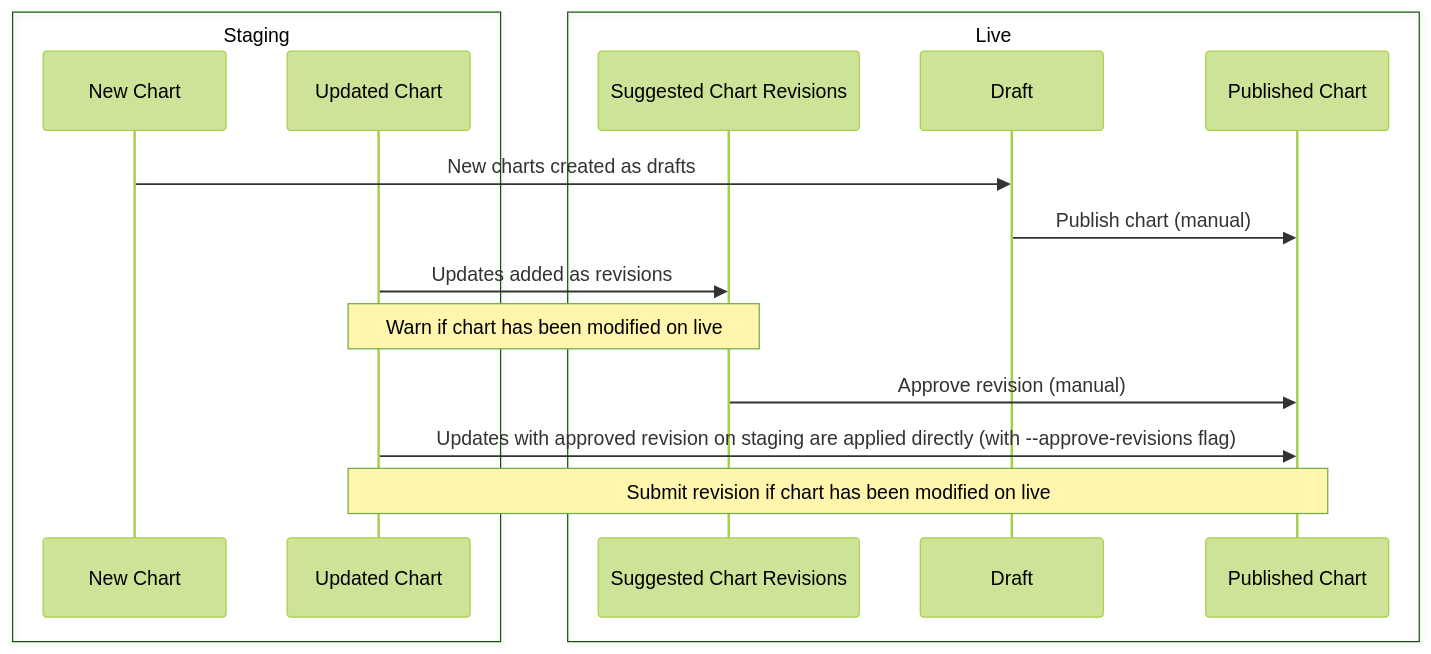
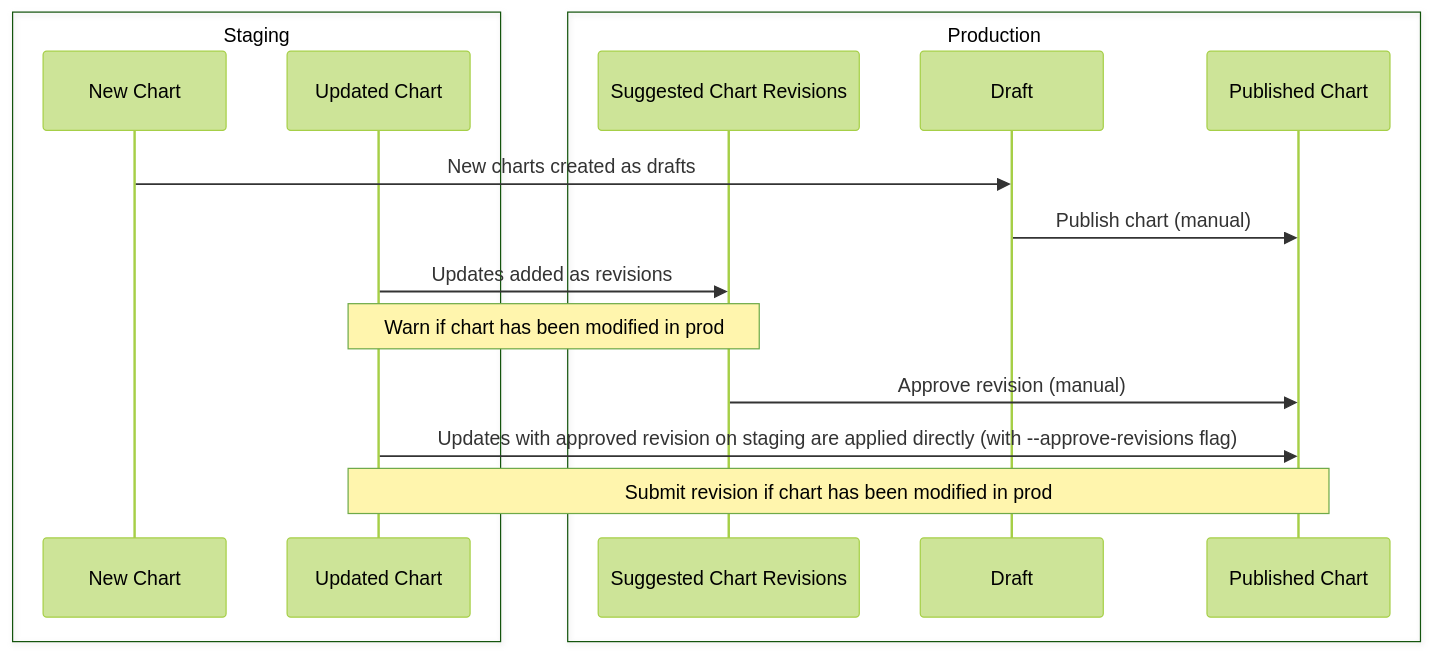
The fourth of 4 diagrams in docs/guides/staging-servers.md (owid/etl), drawn with Mermaid (forest theme) before and after one commit. The commit also changed other lines of this file and 1 other file, not shown here.

Commit message:
:scroll: improve docs about chart workflow

````diff
--- a/docs/guides/staging-servers.md
+++ b/docs/guides/staging-servers.md
@@ -39,25 +71,25 @@
 ```mermaid
 sequenceDiagram
     box Staging
     participant NewChart as New Chart
     participant UpdatedChart as Updated Chart
     end
-    box Live
+    box Production
     participant ChartRevision as Suggested Chart Revisions
     participant Draft as Draft
     participant PublishedChart as Published Chart
     end
 
     # New charts process
     NewChart->>Draft: New charts created as drafts
     Draft->>PublishedChart: Publish chart (manual)
 
     # Updated charts process
     UpdatedChart->>ChartRevision: Updates added as revisions
-    Note over UpdatedChart, ChartRevision: Warn if chart has been modified on live
+    Note over UpdatedChart, ChartRevision: Warn if chart has been modified in prod
     ChartRevision->>PublishedChart: Approve revision (manual)
 
     # Updated charts with revisions, useful for population updates
     UpdatedChart->>PublishedChart: Updates with approved revision on staging are applied directly (with --approve-revisions flag)
-    Note over UpdatedChart, PublishedChart: Submit revision if chart has been modified on live
+    Note over UpdatedChart, PublishedChart: Submit revision if chart has been modified in prod
 ```
````
